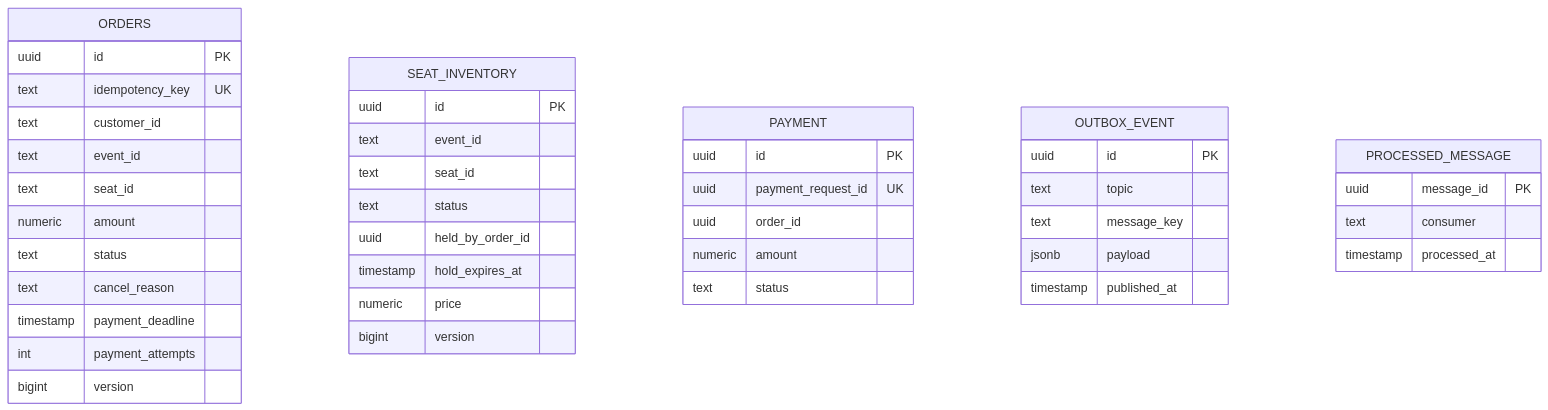
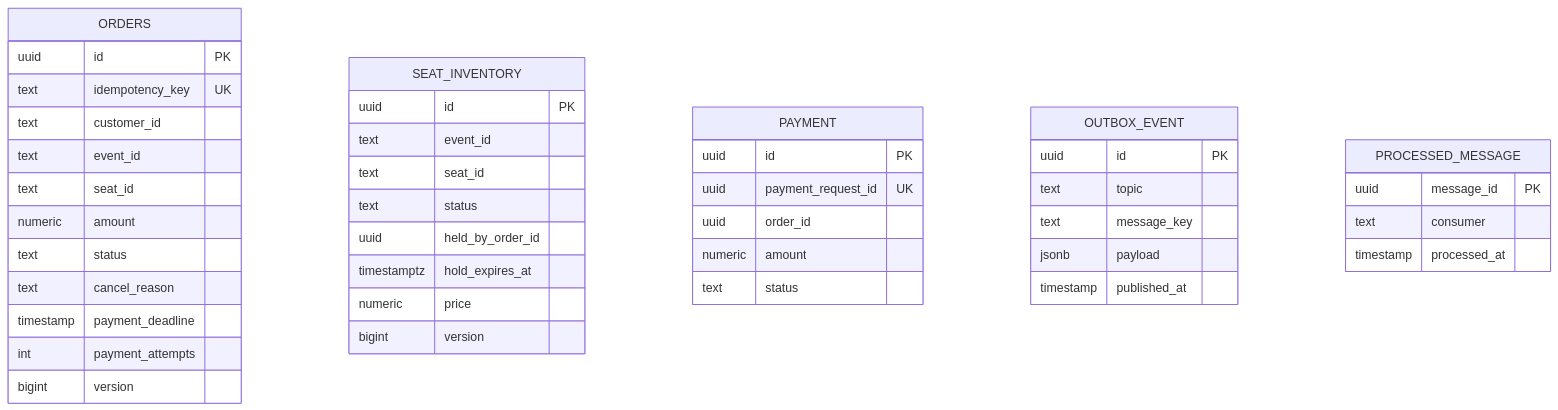
One commit to BatuhanBaysal/ticket-reservation-engine changed the fourth of 4 diagrams in docs/ARCHITECTURE.md. Above: the diagram before and after it, drawn with Mermaid. The commit also changed other lines of this file and 2 other files, not shown here.

````diff
--- a/docs/ARCHITECTURE.md
+++ b/docs/ARCHITECTURE.md
@@ -147,45 +147,45 @@
 ```mermaid
 erDiagram
     ORDERS {
         uuid id PK
         text idempotency_key UK
         text customer_id
         text event_id
         text seat_id
         numeric amount
         text status
         text cancel_reason
         timestamp payment_deadline
         int payment_attempts
         bigint version
     }
     SEAT_INVENTORY {
         uuid id PK
         text event_id
         text seat_id
         text status
         uuid held_by_order_id
-        timestamp hold_expires_at
+        timestamptz hold_expires_at
         numeric price
         bigint version
     }
     PAYMENT {
         uuid id PK
         uuid payment_request_id UK
         uuid order_id
         numeric amount
         text status
     }
     OUTBOX_EVENT {
         uuid id PK
         text topic
         text message_key
         jsonb payload
         timestamp published_at
     }
     PROCESSED_MESSAGE {
         uuid message_id PK
         text consumer
         timestamp processed_at
     }
 ```
````
